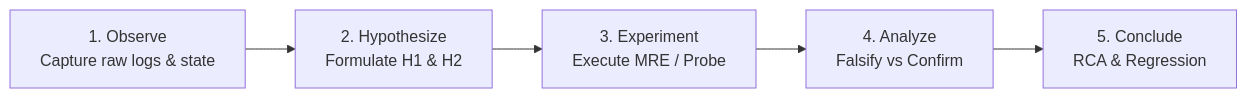
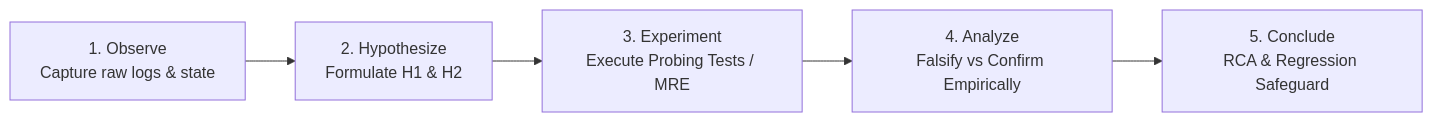
One commit to MarcosVeniciu/antigravity-agentic-skills changed the diagram in skills/debug/references/debug-methodology.md. Above: the diagram before and after it, drawn with Mermaid. The commit also changed other lines of this file and 10 other files, not shown here.

Commit message:
feat(skills): add probing tests protocol, test-fix escalation, and powershell command compatibility

````diff
--- a/skills/debug/references/debug-methodology.md
+++ b/skills/debug/references/debug-methodology.md
@@ -11,7 +11,7 @@
 ```mermaid
 flowchart LR
     Obs["1. Observe<br/>Capture raw logs & state"] --> Hyp["2. Hypothesize<br/>Formulate H1 & H2"]
-    Hyp --> Exp["3. Experiment<br/>Execute MRE / Probe"]
-    Exp --> Ana["4. Analyze<br/>Falsify vs Confirm"]
-    Ana --> Con["5. Conclude<br/>RCA & Regression"]
+    Hyp --> Exp["3. Experiment<br/>Execute Probing Tests / MRE"]
+    Exp --> Ana["4. Analyze<br/>Falsify vs Confirm Empirically"]
+    Ana --> Con["5. Conclude<br/>RCA & Regression Safeguard"]
 ```
````
